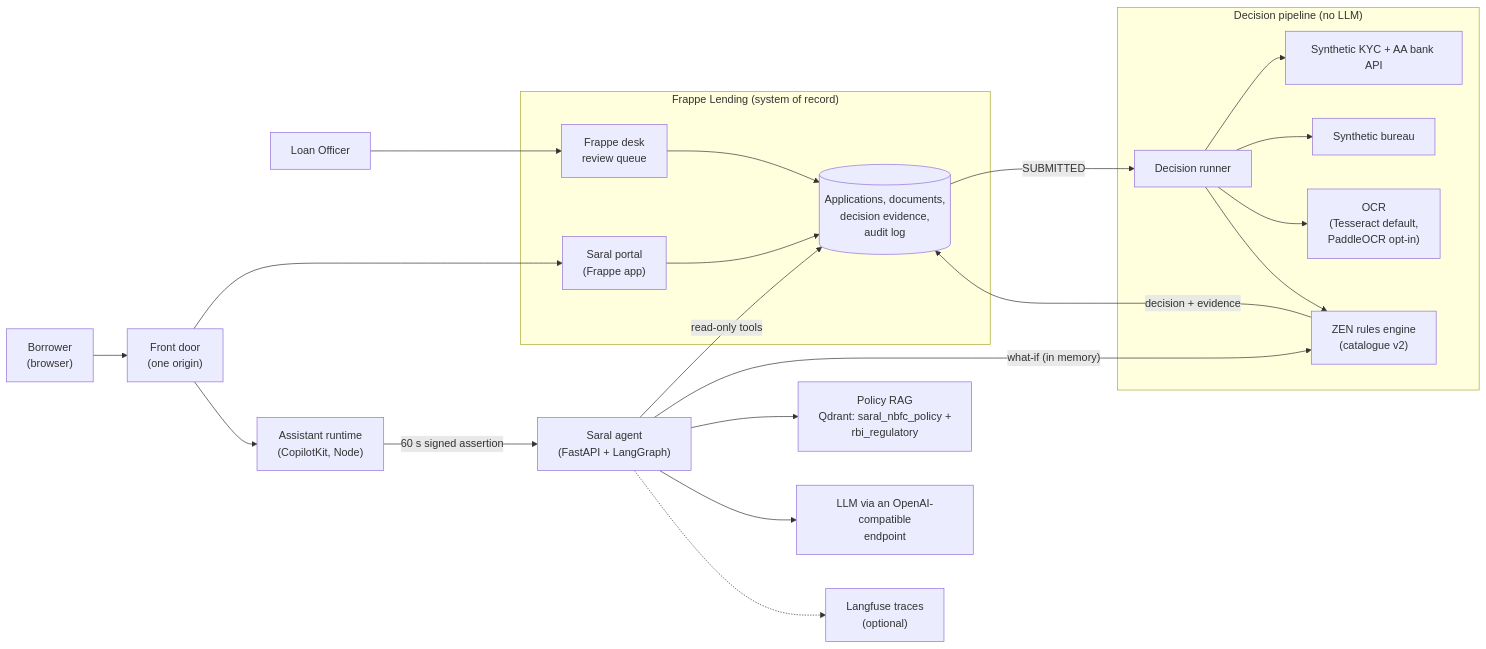
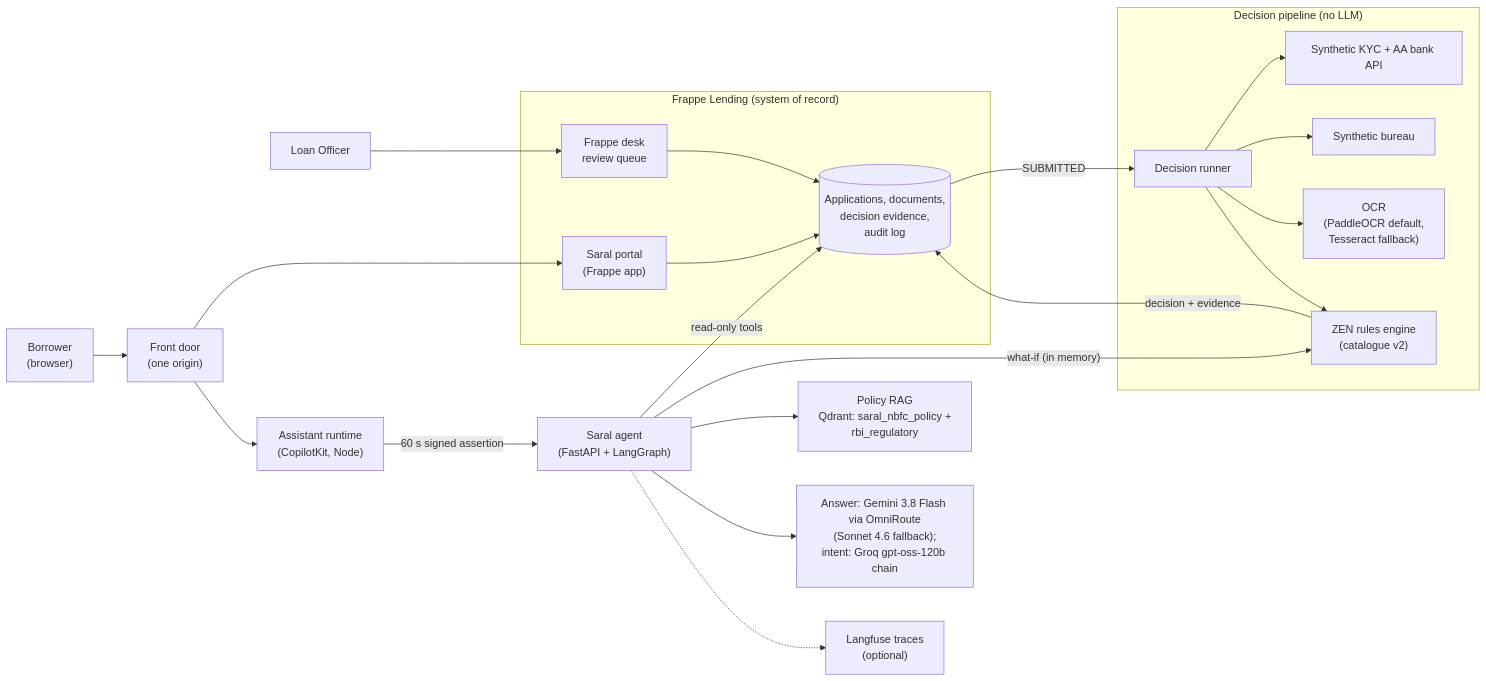
The diagram in README.md (Narendarcodes/Load-Advisory-Agent), drawn with Mermaid before and after one commit. The commit also changed other lines of this file and 8 other files, not shown here.

Commit message:
docs(saral): final numbers, disclosures, run-it-locally quickstart, draw.io architecture, build plan, approach refresh

````diff
--- a/README.md
+++ b/README.md
@@ -48,31 +52,31 @@
 ```mermaid
 flowchart LR
   B["Borrower<br/>(browser)"] --> FD["Front door<br/>(one origin)"]
   O["Loan Officer"] --> DESK["Frappe desk<br/>review queue"]
   FD --> P["Saral portal<br/>(Frappe app)"]
   FD --> RT["Assistant runtime<br/>(CopilotKit, Node)"]
   RT -- "60 s signed assertion" --> AG["Saral agent<br/>(FastAPI + LangGraph)"]
 
   subgraph FR["Frappe Lending (system of record)"]
     P
     DESK
     LMS[("Applications, documents,<br/>decision evidence,<br/>audit log")]
   end
   P --> LMS
   DESK --> LMS
 
   subgraph DEC["Decision pipeline (no LLM)"]
     RUN["Decision runner"] --> KYC["Synthetic KYC + AA bank API"]
     RUN --> BUR["Synthetic bureau"]
-    RUN --> OCR["OCR<br/>(Tesseract default,<br/>PaddleOCR opt-in)"]
+    RUN --> OCR["OCR<br/>(PaddleOCR default,<br/>Tesseract fallback)"]
     RUN --> ZEN["ZEN rules engine<br/>(catalogue v2)"]
   end
   LMS -- "SUBMITTED" --> RUN
   ZEN -- "decision + evidence" --> LMS
 
   AG -- "read-only tools" --> LMS
   AG -- "what-if (in memory)" --> ZEN
   AG --> RAG["Policy RAG<br/>Qdrant: saral_nbfc_policy +<br/>rbi_regulatory"]
-  AG --> LLM["LLM via an OpenAI-compatible<br/>endpoint"]
+  AG --> LLM["Answer: Gemini 3.8 Flash via OmniRoute<br/>(Sonnet 4.6 fallback);<br/>intent: Groq gpt-oss-120b chain"]
   AG -.-> LF["Langfuse traces<br/>(optional)"]
 ```
````
